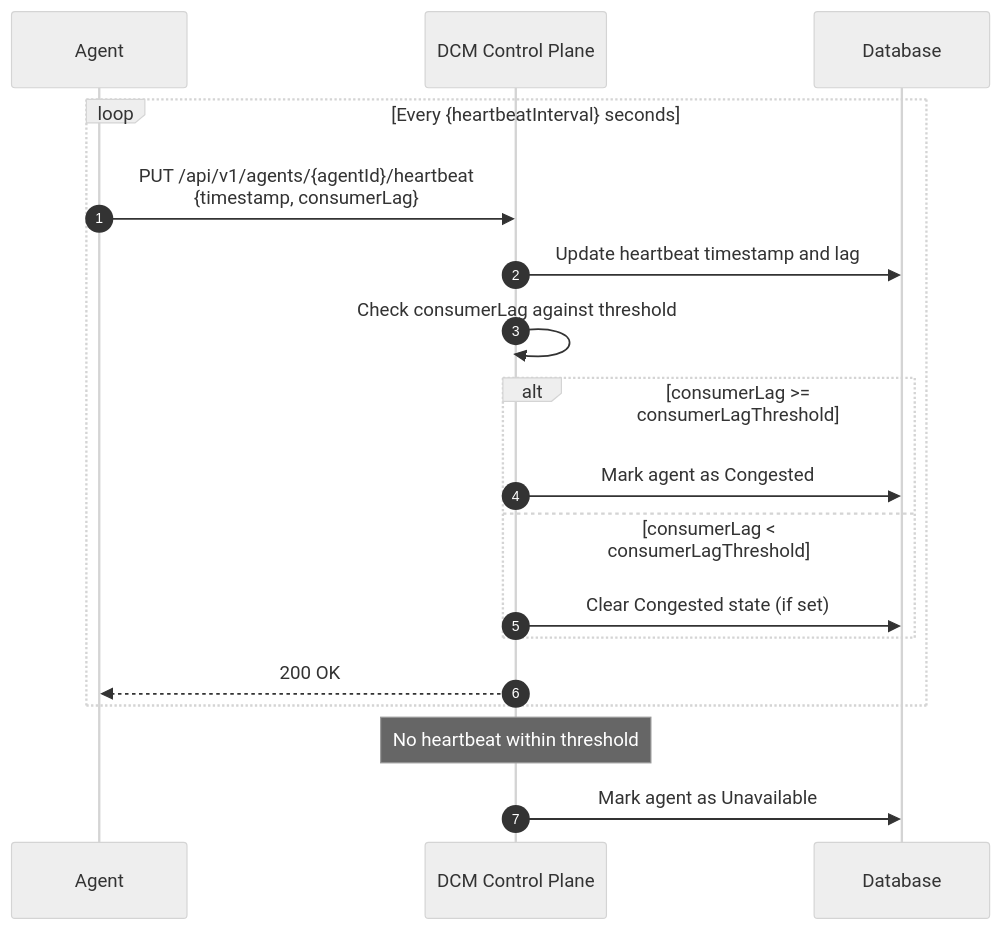
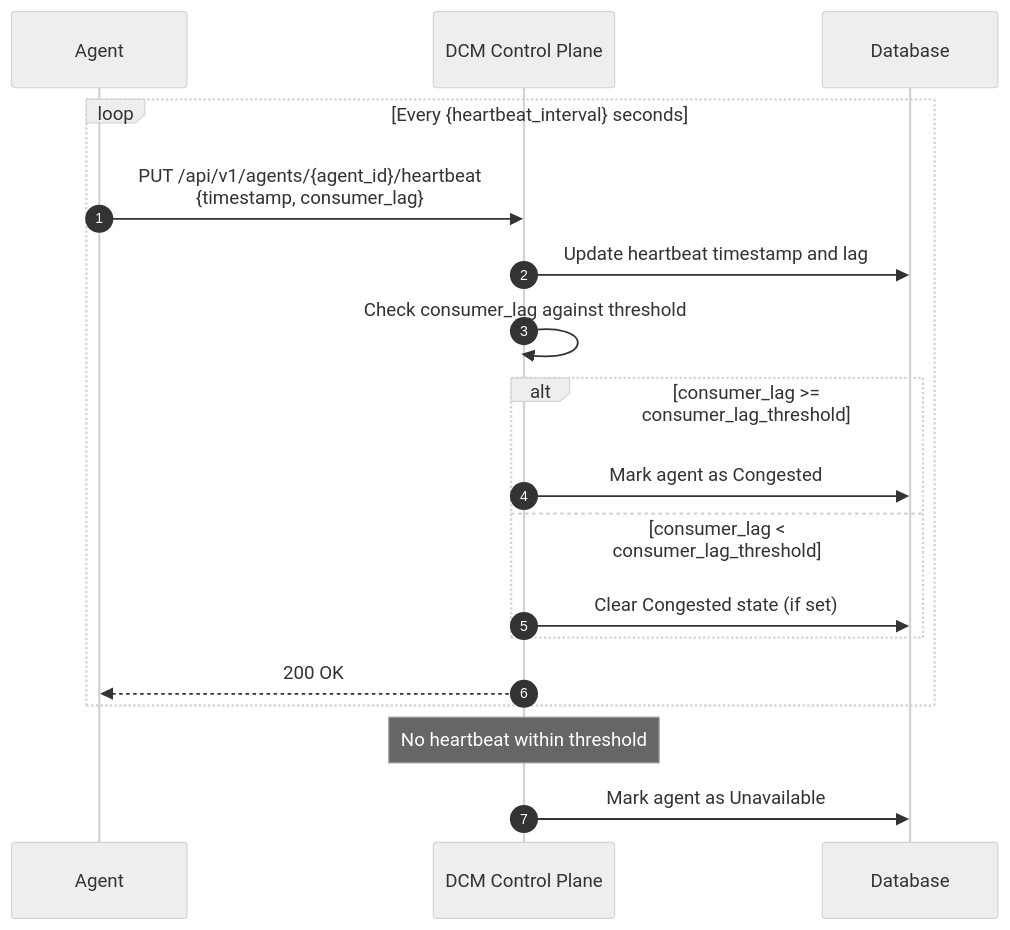
Before and after one commit to dcm-project/enhancements: the first of 2 diagrams in enhancements/service-provider-health-check/service-provider-health-check.md, drawn with Mermaid (neutral theme). The commit also changed other lines of this file and 19 other files, not shown here.

````diff
--- a/enhancements/service-provider-health-check/service-provider-health-check.md
+++ b/enhancements/service-provider-health-check/service-provider-health-check.md
@@ -138,22 +139,22 @@
 ```mermaid
 sequenceDiagram
     autonumber
     participant AG as Agent
     participant DCM as DCM Control Plane
     participant DB as Database
 
-    loop Every {heartbeatInterval} seconds
-        AG->>DCM: PUT /api/v1/agents/{agentId}/heartbeat<br/>{timestamp, consumerLag}
+    loop Every {heartbeat_interval} seconds
+        AG->>DCM: PUT /api/v1/agents/{agent_id}/heartbeat<br/>{timestamp, consumer_lag}
         DCM->>DB: Update heartbeat timestamp and lag
-        DCM->>DCM: Check consumerLag against threshold
-        alt consumerLag >= consumerLagThreshold
+        DCM->>DCM: Check consumer_lag against threshold
+        alt consumer_lag >= consumer_lag_threshold
             DCM->>DB: Mark agent as Congested
-        else consumerLag < consumerLagThreshold
+        else consumer_lag < consumer_lag_threshold
             DCM->>DB: Clear Congested state (if set)
         end
         DCM-->>AG: 200 OK
     end
 
     Note over DCM: No heartbeat within threshold
     DCM->>DB: Mark agent as Unavailable
 ```
````
